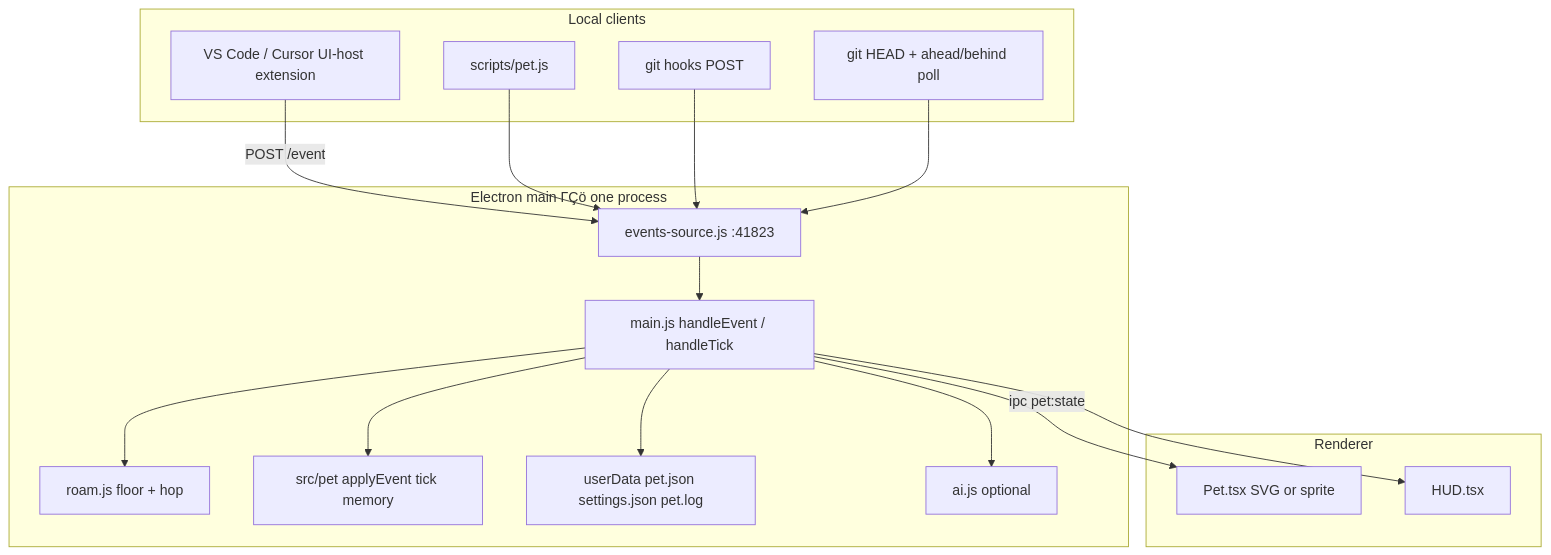
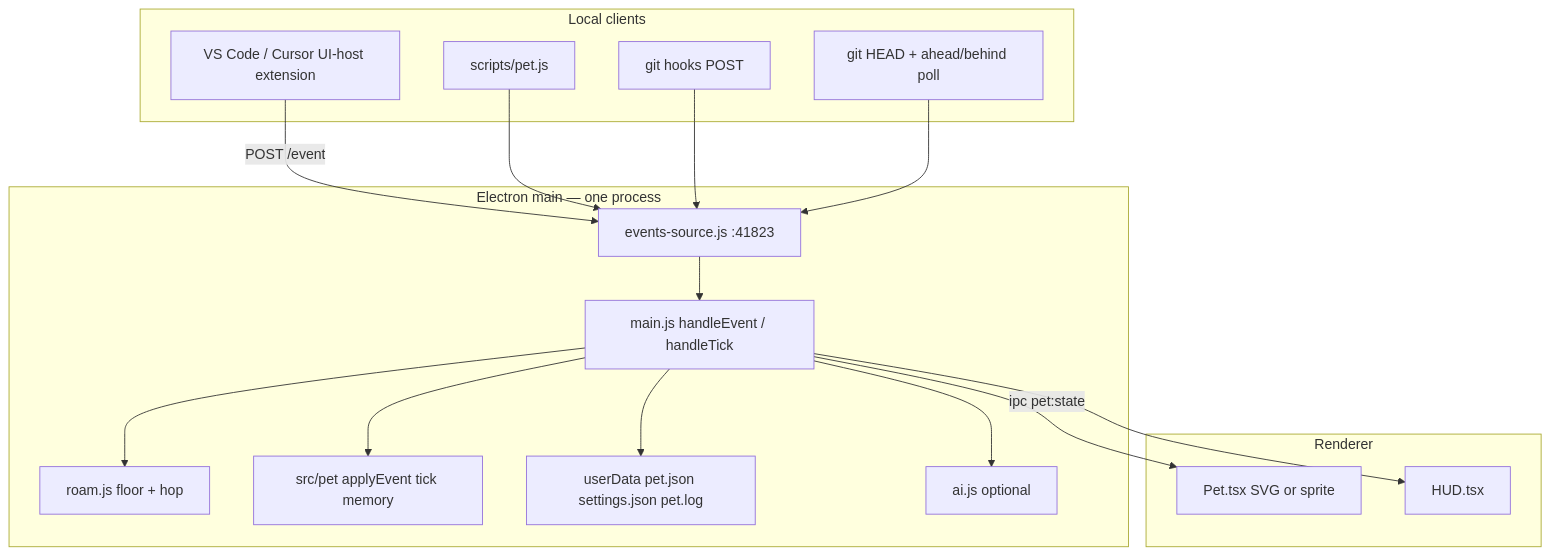
The fourth of 5 diagrams in docs/v2.md (munyaimanuwel/desktop-pet), drawn with Mermaid before and after one commit. The commit also changed other lines of this file, not shown here.

````diff
--- a/docs/v2.md
+++ b/docs/v2.md
@@ -786,32 +786,32 @@
 ```mermaid
 flowchart TB
   subgraph clients ["Local clients"]
     Ext["VS Code / Cursor UI-host extension"]
     CLI["scripts/pet.js"]
     Hooks["git hooks POST"]
     Poll["git HEAD + ahead/behind poll"]
   end
-  subgraph electronMain ["Electron main ΓÇö one process"]
+  subgraph electronMain ["Electron main — one process"]
     HTTP["events-source.js :41823"]
     Main["main.js handleEvent / handleTick"]
     Habitat["roam.js floor + hop"]
     Core["src/pet applyEvent tick memory"]
     Disk["userData pet.json settings.json pet.log"]
     XAI["ai.js optional"]
   end
   subgraph ui ["Renderer"]
     SVG["Pet.tsx SVG or sprite"]
     HUD2["HUD.tsx"]
   end
   Ext -->|POST /event| HTTP
   CLI --> HTTP
   Hooks --> HTTP
   Poll --> HTTP
   HTTP --> Main
   Main --> Core
   Main --> Habitat
   Main --> Disk
   Main --> XAI
   Main -->|ipc pet:state| SVG
   Main --> HUD2
 ```
````
